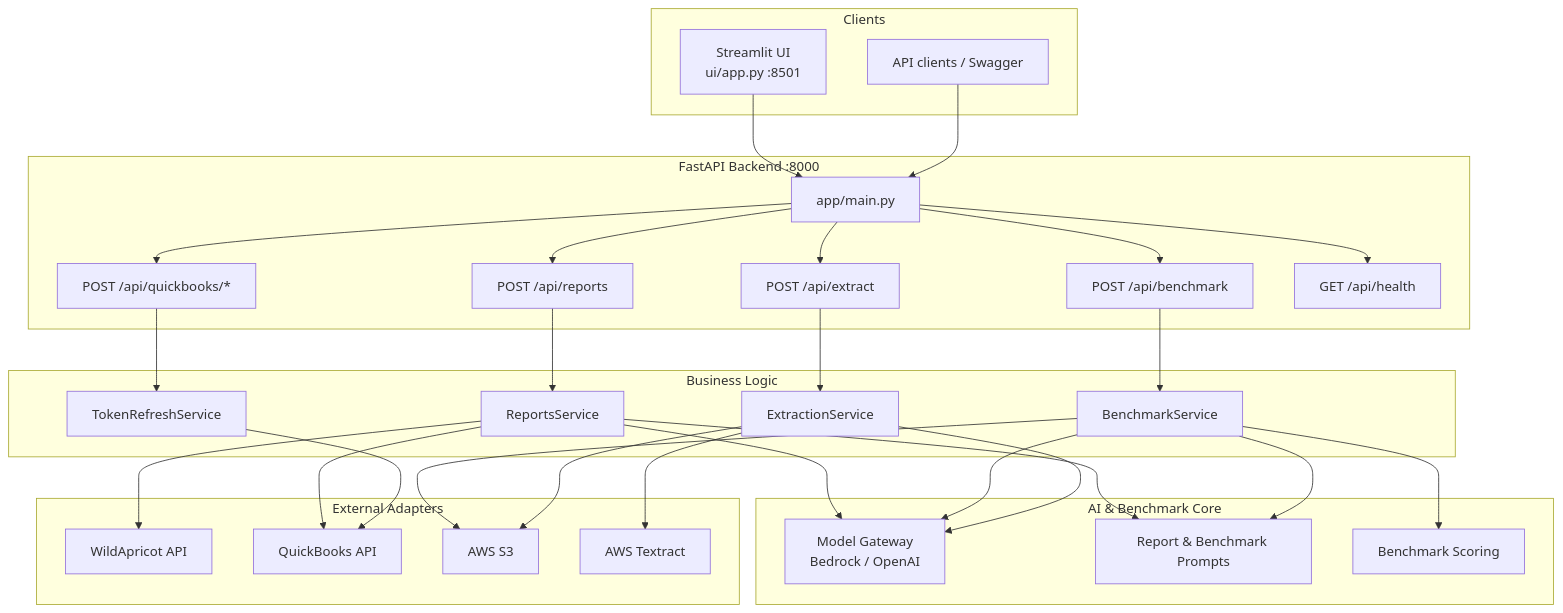
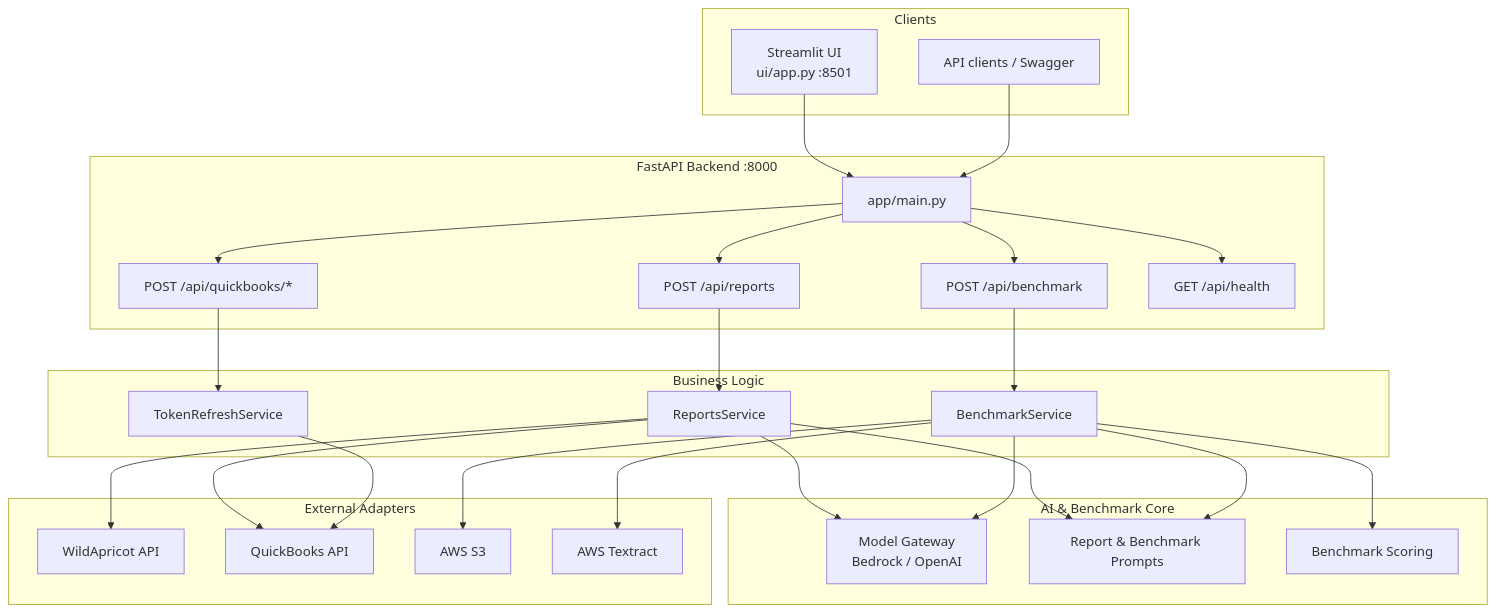
One commit to NewPath-Consulting/accountbridge-taxbridge changed the first of 2 diagrams in README.md. Above: the diagram before and after it, drawn with Mermaid. The commit also changed other lines of this file and 34 other files, not shown here.

````diff
--- a/README.md
+++ b/README.md
@@ -38,49 +39,45 @@
 ```mermaid
 flowchart TB
     subgraph Client["Clients"]
         UI["Streamlit UI<br/>ui/app.py :8501"]
         API_Client["API clients / Swagger"]
     end
 
     subgraph Backend["FastAPI Backend :8000"]
         Main["app/main.py"]
         Reports["POST /api/reports"]
         Benchmark["POST /api/benchmark"]
-        Extract["POST /api/extract"]
         QB["POST /api/quickbooks/*"]
         Health["GET /api/health"]
     end
 
     subgraph Services["Business Logic"]
         ReportsSvc["ReportsService"]
         BenchmarkSvc["BenchmarkService"]
-        ExtractSvc["ExtractionService"]
         TokenSvc["TokenRefreshService"]
     end
 
     subgraph Core["AI & Benchmark Core"]
         LLM["Model Gateway<br/>Bedrock / OpenAI"]
         Prompts["Report & Benchmark Prompts"]
         Scoring["Benchmark Scoring"]
     end
 
     subgraph Adapters["External Adapters"]
         WA["WildApricot API"]
         QBAPI["QuickBooks API"]
         S3["AWS S3"]
         Textract["AWS Textract"]
     end
 
     UI --> Main
     API_Client --> Main
-    Main --> Reports & Benchmark & Extract & QB & Health
+    Main --> Reports & Benchmark & QB & Health
     Reports --> ReportsSvc
     Benchmark --> BenchmarkSvc
-    Extract --> ExtractSvc
     QB --> TokenSvc
 
     ReportsSvc --> WA & QBAPI & LLM & Prompts
-    BenchmarkSvc --> LLM & Prompts & Scoring & S3
-    ExtractSvc --> Textract & S3 & LLM
+    BenchmarkSvc --> LLM & Prompts & Scoring & S3 & Textract
     TokenSvc --> QBAPI
 ```
````
